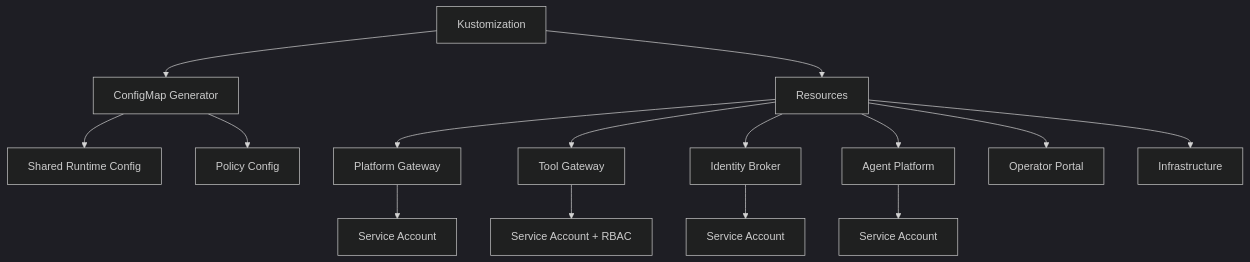
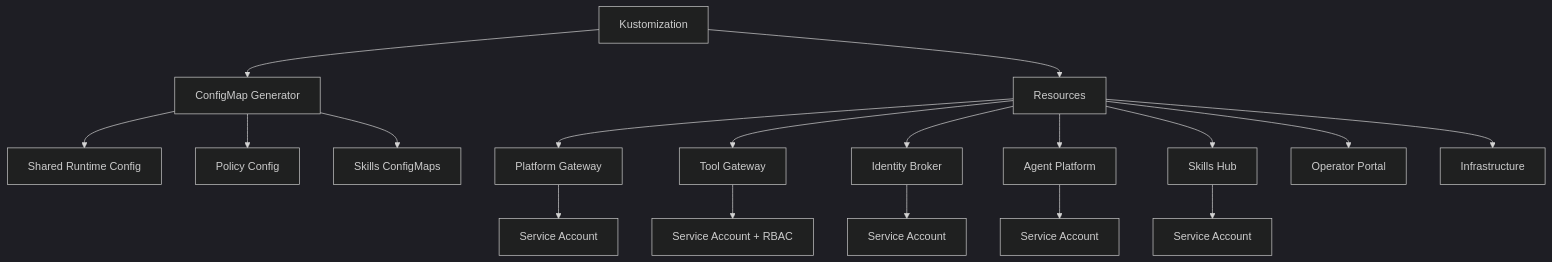
Before and after one commit to metasync/luban-aiops: the first of 2 diagrams in .qoder/repowiki/en/content/Deployment and Operations/Kubernetes Deployment.md, drawn with Mermaid (dark theme). The commit also changed other lines of this file and 64 other files, not shown here.

Commit message:
docs: refresh repowiki knowledge cache for SPEC-014 skills hub

````diff
--- a/.qoder/repowiki/en/content/Deployment and Operations/Kubernetes Deployment.md
+++ b/.qoder/repowiki/en/content/Deployment and Operations/Kubernetes Deployment.md
@@ -61,17 +67,20 @@
 ```mermaid
 graph TD
 A[Kustomization] --> B[ConfigMap Generator]
 A --> C[Resources]
 B --> D[Shared Runtime Config]
 B --> E[Policy Config]
-C --> F[Platform Gateway]
-C --> G[Tool Gateway]
-C --> H[Identity Broker]
-C --> I[Agent Platform]
-C --> J[Operator Portal]
-C --> K[Infrastructure]
-F --> L[Service Account]
-G --> M[Service Account + RBAC]
-H --> N[Service Account]
-I --> O[Service Account]
+B --> F[Skills ConfigMaps]
+C --> G[Platform Gateway]
+C --> H[Tool Gateway]
+C --> I[Identity Broker]
+C --> J[Agent Platform]
+C --> K[Skills Hub]
+C --> L[Operator Portal]
+C --> M[Infrastructure]
+G --> N[Service Account]
+H --> O[Service Account + RBAC]
+I --> P[Service Account]
+J --> Q[Service Account]
+K --> R[Service Account]
 ```
````
